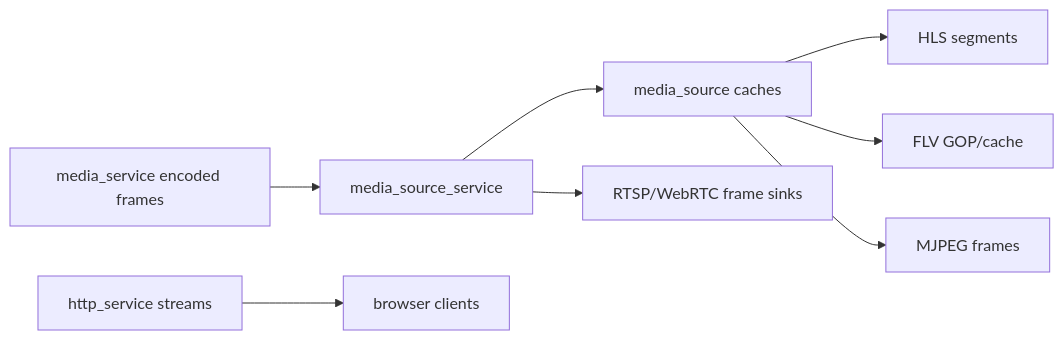
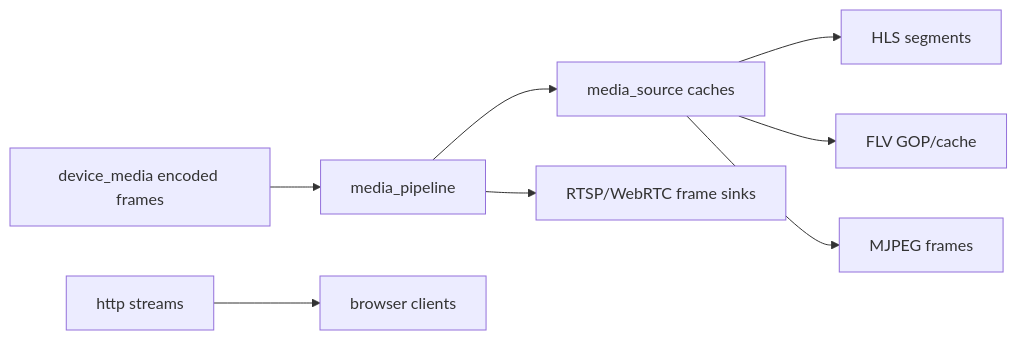
Before and after one commit to 373699756/live_stream: the diagram in docs/optimization/memory.md, drawn with Mermaid. The commit also changed other lines of this file and 517 other files, not shown here.

````diff
--- a/docs/optimization/memory.md
+++ b/docs/optimization/memory.md
@@ -11,10 +11,10 @@
 ```mermaid
 flowchart LR
-  VENC[media_service encoded frames] --> SourceSvc[media_source_service]
+  VENC[device_media encoded frames] --> SourceSvc[media_pipeline]
   SourceSvc --> Source[media_source caches]
   Source --> HLS[HLS segments]
   Source --> FLV[FLV GOP/cache]
   Source --> MJPEG[MJPEG frames]
   SourceSvc --> RTSP[RTSP/WebRTC frame sinks]
-  HTTP[http_service streams] --> Clients[browser clients]
+  HTTP[http streams] --> Clients[browser clients]
 ```
````
